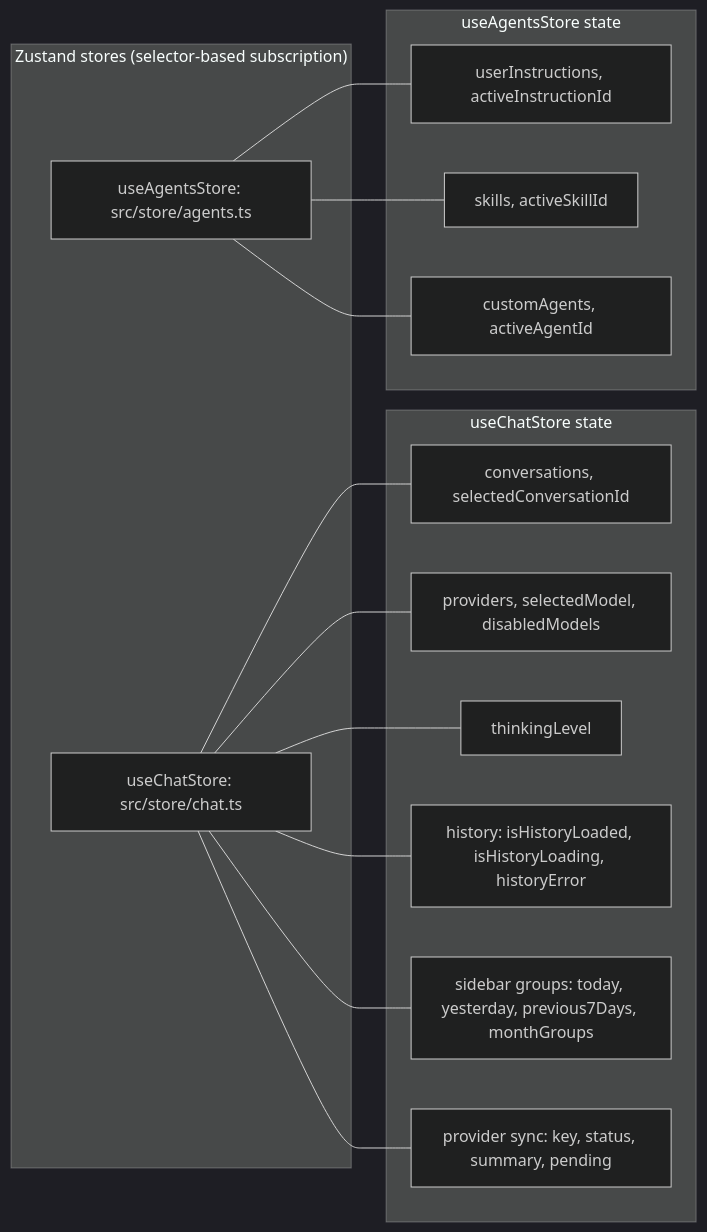
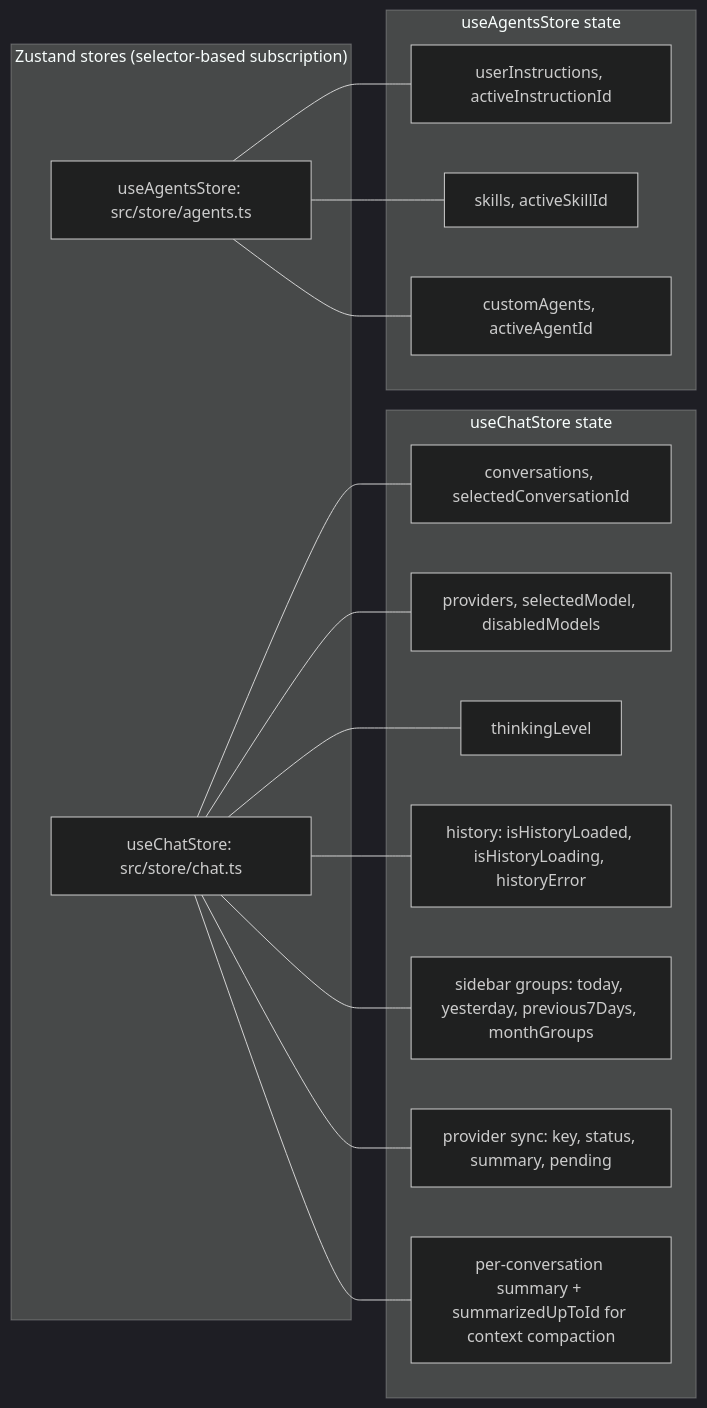
The third of 10 diagrams in ARCHITECTURE.md (im4aLL/personal-agent), drawn with Mermaid (dark theme) before and after one commit. The commit also changed other lines of this file and 6 other files, not shown here.

Commit message:
Prepare 1.3.0 release with context compaction and tool-calling docs

````diff
--- a/ARCHITECTURE.md
+++ b/ARCHITECTURE.md
@@ -91,32 +100,34 @@
 ```mermaid
 flowchart LR
     subgraph Stores["Zustand stores (selector-based subscription)"]
         CS[useChatStore: src/store/chat.ts]
         AS[useAgentsStore: src/store/agents.ts]
     end
 
     subgraph ChatState["useChatStore state"]
         C1[conversations, selectedConversationId]
         C2[providers, selectedModel, disabledModels]
         C3[thinkingLevel]
         C4[history: isHistoryLoaded, isHistoryLoading, historyError]
         C5[sidebar groups: today, yesterday, previous7Days, monthGroups]
         C6[provider sync: key, status, summary, pending]
+        C7[per-conversation summary + summarizedUpToId for context compaction]
     end
 
     subgraph AgentsState["useAgentsStore state"]
         A1[userInstructions, activeInstructionId]
         A2[skills, activeSkillId]
         A3[customAgents, activeAgentId]
     end
 
     CS --- C1
     CS --- C2
     CS --- C3
     CS --- C4
     CS --- C5
     CS --- C6
+    CS --- C7
     AS --- A1
     AS --- A2
     AS --- A3
 ```
````
